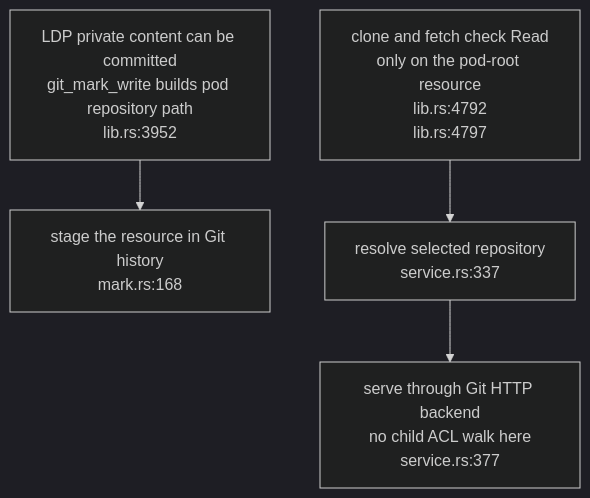
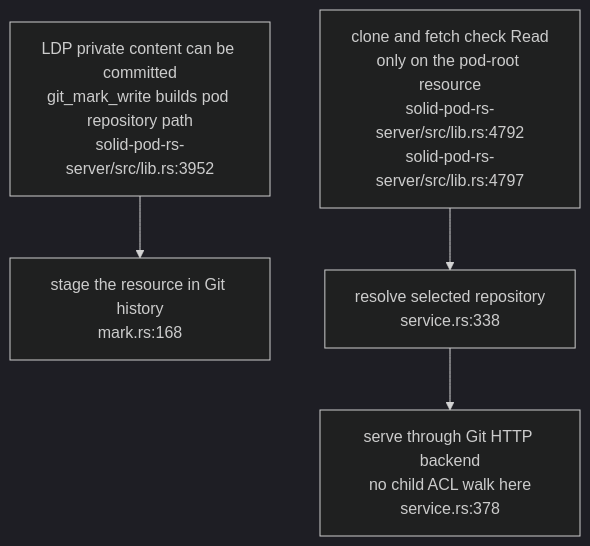
The second of 3 diagrams in docs/diagrams/solid-pod-rs/14-git-export-boundaries.md (DreamLab-AI/VisionFlow), drawn with Mermaid (dark theme) before and after one commit. The commit also changed other lines of this file and 60 other files, not shown here.

````diff
--- a/docs/diagrams/solid-pod-rs/14-git-export-boundaries.md
+++ b/docs/diagrams/solid-pod-rs/14-git-export-boundaries.md
@@ -40,10 +42,10 @@
 ```mermaid
 flowchart TD
-    WRITE["LDP private content can be committed<br/>git_mark_write builds pod repository path<br/>lib.rs:3952"]
+    WRITE["LDP private content can be committed<br/>git_mark_write builds pod repository path<br/>solid-pod-rs-server/src/lib.rs:3952"]
     MARK["stage the resource in Git history<br/>mark.rs:168"]
-    READ["clone and fetch check Read<br/>only on the pod-root resource<br/>lib.rs:4792<br/>lib.rs:4797"]
-    SELECT["resolve selected repository<br/>service.rs:337"]
-    CGI["serve through Git HTTP backend<br/>no child ACL walk here<br/>service.rs:377"]
+    READ["clone and fetch check Read<br/>only on the pod-root resource<br/>solid-pod-rs-server/src/lib.rs:4792<br/>solid-pod-rs-server/src/lib.rs:4797"]
+    SELECT["resolve selected repository<br/>service.rs:338"]
+    CGI["serve through Git HTTP backend<br/>no child ACL walk here<br/>service.rs:378"]
     WRITE --> MARK
     READ --> SELECT --> CGI
 ```
````
